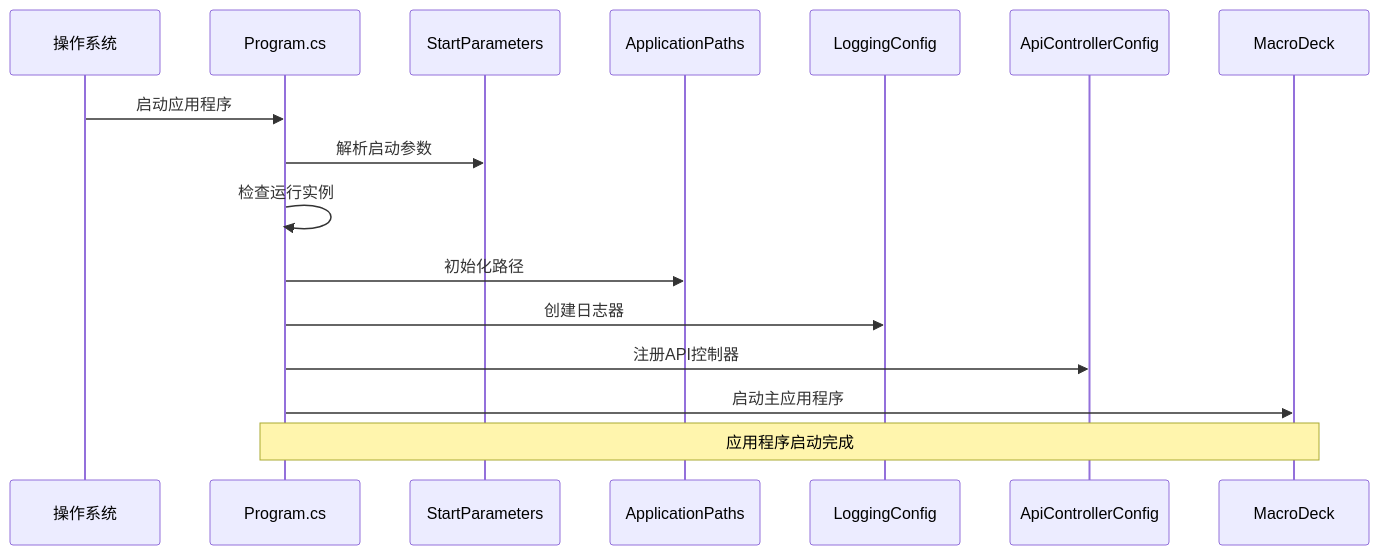
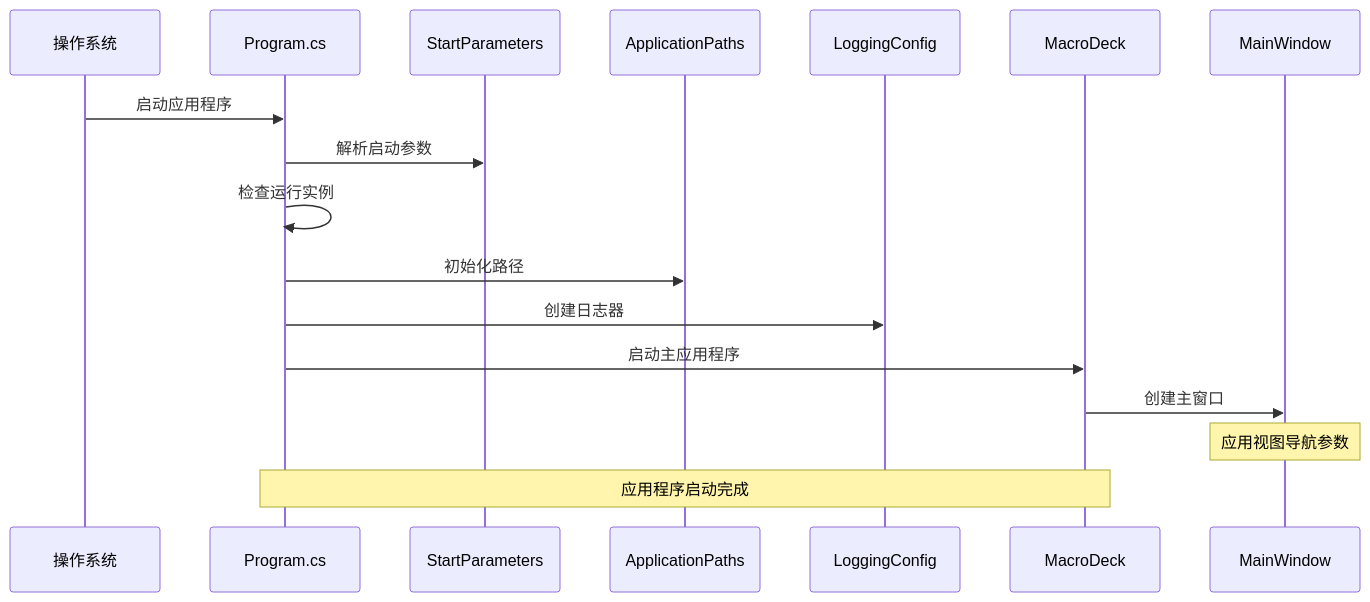
One commit to tea4go/Macro-Deck changed the second of 10 diagrams in .qoder/repowiki/zh/content/配置管理系统/启动配置管理.md. Above: the diagram before and after it, drawn with Mermaid. The commit also changed other lines of this file and 63 other files, not shown here.

````diff
--- a/.qoder/repowiki/zh/content/配置管理系统/启动配置管理.md
+++ b/.qoder/repowiki/zh/content/配置管理系统/启动配置管理.md
@@ -119,18 +129,19 @@
 ```mermaid
 sequenceDiagram
 participant OS as 操作系统
 participant Program as Program.cs
 participant Params as StartParameters
 participant Paths as ApplicationPaths
 participant Logger as LoggingConfig
-participant Api as ApiControllerConfig
 participant App as MacroDeck
+participant MainWin as MainWindow
 OS->>Program : 启动应用程序
 Program->>Params : 解析启动参数
 Program->>Program : 检查运行实例
 Program->>Paths : 初始化路径
 Program->>Logger : 创建日志器
-Program->>Api : 注册API控制器
 Program->>App : 启动主应用程序
+App->>MainWin : 创建主窗口
+Note over MainWin : 应用视图导航参数
 Note over Program,App : 应用程序启动完成
 ```
````
